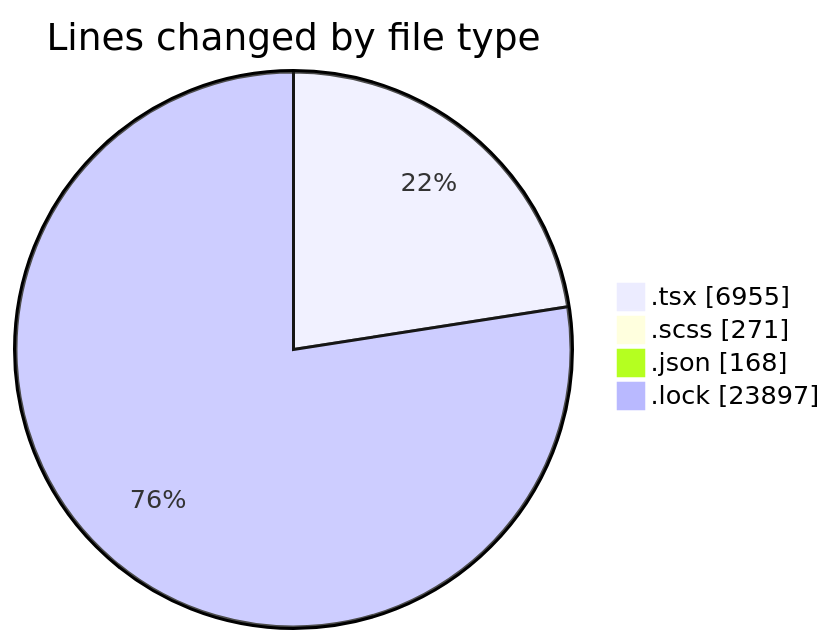
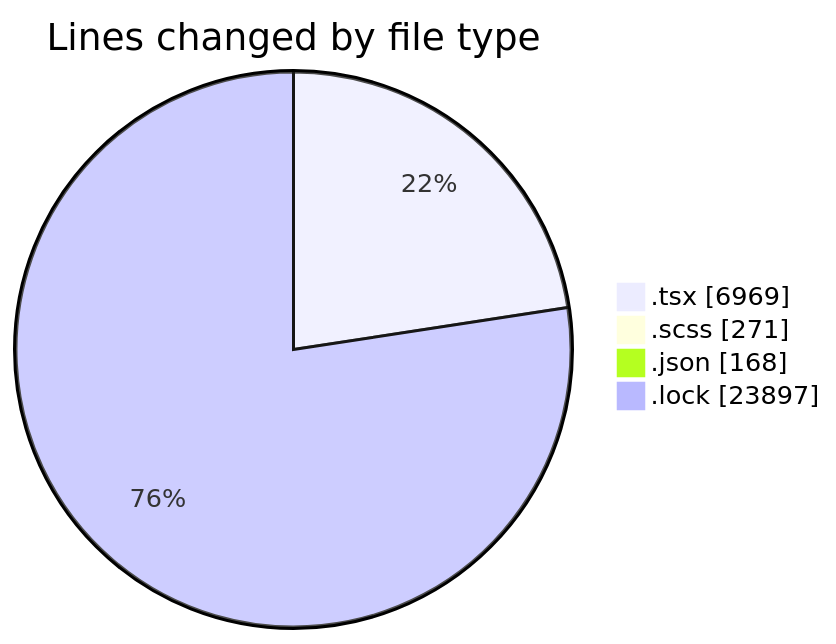
Before and after one commit to momahboobian/code-tracking: the first of 2 diagrams in 2025-11-18/cda/README.md, drawn with Mermaid. The commit also changed other lines of this file and 1 other file, not shown here.

````diff
--- a/2025-11-18/cda/README.md
+++ b/2025-11-18/cda/README.md
@@ -34,8 +34,8 @@
 ```mermaid
 pie showData
 title Lines changed by file type
-".tsx" : 6955
+".tsx" : 6969
 ".scss" : 271
 ".json" : 168
 ".lock" : 23897
 ```
````
